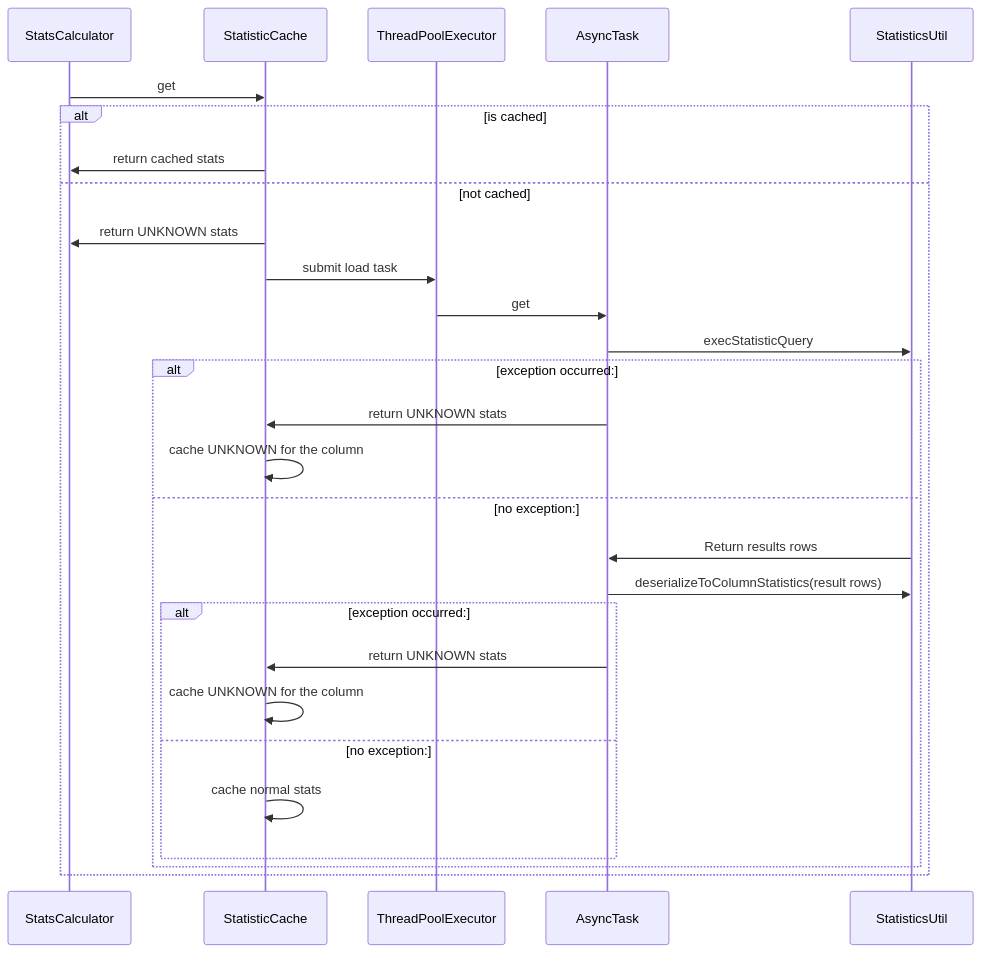
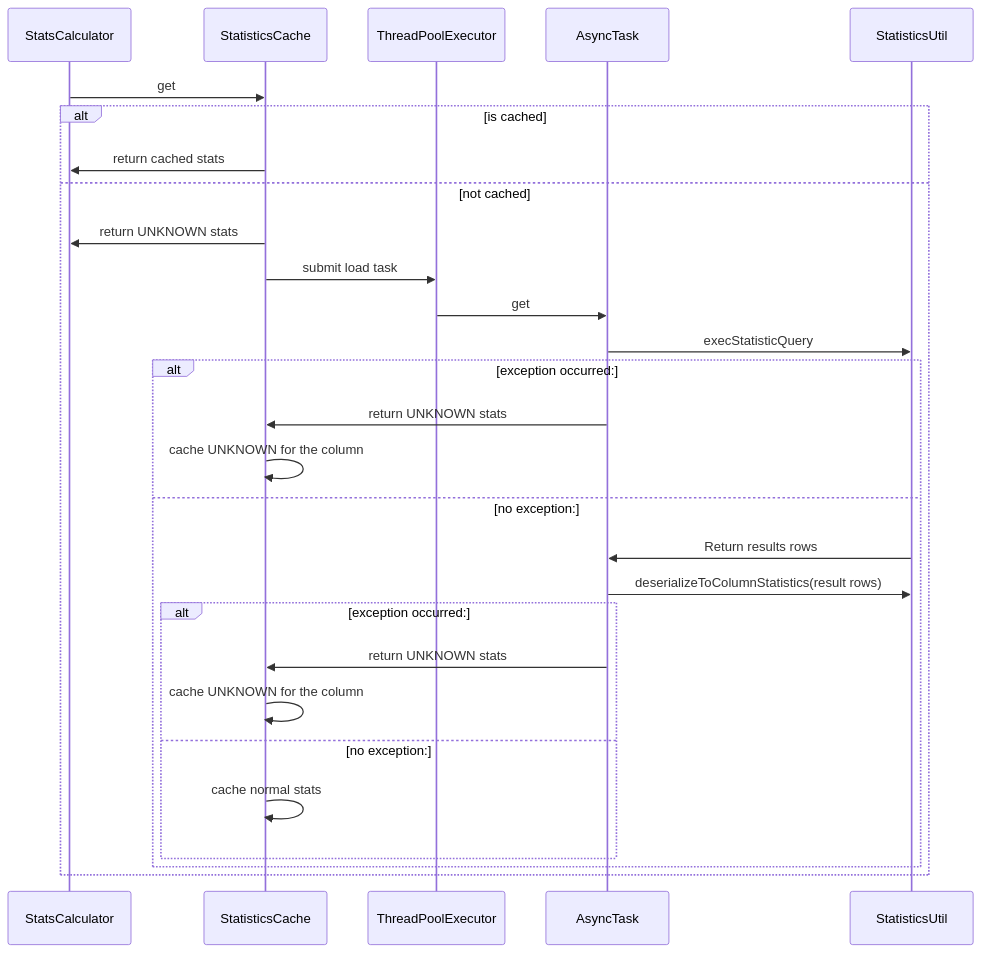
The second of 2 diagrams in fe/fe-core/src/main/java/org/apache/doris/statistics/README.md (apache/doris), drawn with Mermaid before and after one commit. The commit also changed other lines of this file, not shown here.

Commit message:
StatisticCache->StatisticsCache

````diff
--- a/fe/fe-core/src/main/java/org/apache/doris/statistics/README.md
+++ b/fe/fe-core/src/main/java/org/apache/doris/statistics/README.md
@@ -86,26 +86,26 @@
 ```mermaid
 sequenceDiagram
-StatsCalculator->>StatisticCache: get
+StatsCalculator->>StatisticsCache: get
 alt is cached
-    StatisticCache->>StatsCalculator: return cached stats
+    StatisticsCache->>StatsCalculator: return cached stats
 else not cached
-    StatisticCache->>StatsCalculator: return UNKNOWN stats
-    StatisticCache->>ThreadPoolExecutor: submit load task
+    StatisticsCache->>StatsCalculator: return UNKNOWN stats
+    StatisticsCache->>ThreadPoolExecutor: submit load task
     ThreadPoolExecutor->>AsyncTask: get
     AsyncTask->>StatisticsUtil: execStatisticQuery
         alt exception occurred:
-        AsyncTask->>StatisticCache: return UNKNOWN stats
-        StatisticCache->> StatisticCache: cache UNKNOWN for the column
+        AsyncTask->>StatisticsCache: return UNKNOWN stats
+        StatisticsCache->> StatisticsCache: cache UNKNOWN for the column
     else no exception:
             StatisticsUtil->>AsyncTask: Return results rows
             AsyncTask->>StatisticsUtil: deserializeToColumnStatistics(result rows)
             alt exception occurred:
-                AsyncTask->>StatisticCache: return UNKNOWN stats
-                StatisticCache->> StatisticCache: cache UNKNOWN for the column
+                AsyncTask->>StatisticsCache: return UNKNOWN stats
+                StatisticsCache->> StatisticsCache: cache UNKNOWN for the column
             else no exception:
-                StatisticCache->> StatisticCache: cache normal stats
+                StatisticsCache->> StatisticsCache: cache normal stats
             end
     end
 
 end
 ```
````
